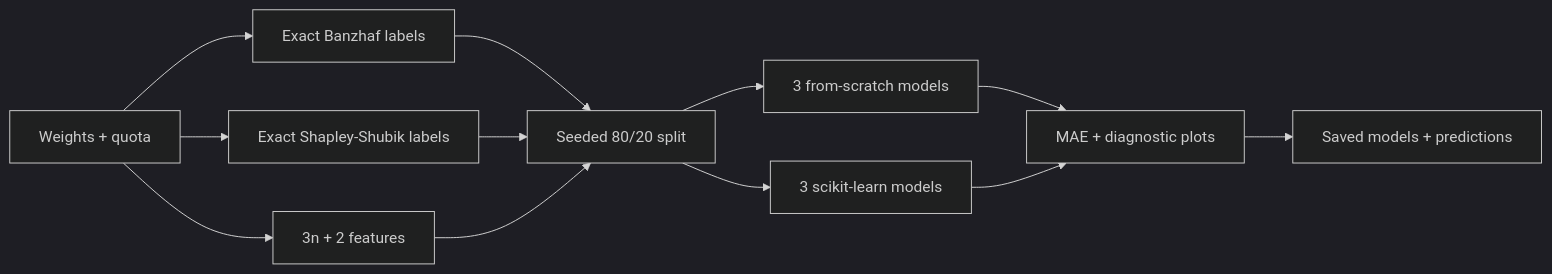
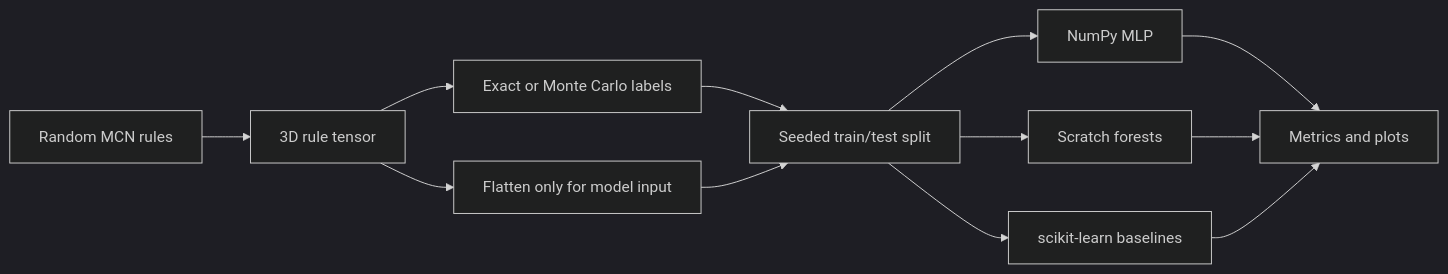
One commit to mohammad-kawach/power-index-learning changed the diagram in README.md. Above: the diagram before and after it, drawn with Mermaid (dark theme). The commit also changed other lines of this file and 34 other files, not shown here.

````diff
--- a/README.md
+++ b/README.md
@@ -39,14 +206,14 @@
 ```mermaid
 flowchart LR
-    A[Weights + quota] --> B[Exact Banzhaf labels]
-    A --> C[Exact Shapley-Shubik labels]
-    A --> D[3n + 2 features]
-    B --> E[Seeded 80/20 split]
-    C --> E
+    A[Random MCN rules] --> B[3D rule tensor]
+    B --> C[Exact or Monte Carlo labels]
+    B --> D[Flatten only for model input]
+    C --> E[Seeded train/test split]
     D --> E
-    E --> F[3 from-scratch models]
-    E --> G[3 scikit-learn models]
-    F --> H[MAE + diagnostic plots]
-    G --> H
-    H --> I[Saved models + predictions]
+    E --> F[NumPy MLP]
+    E --> G[Scratch forests]
+    E --> H[scikit-learn baselines]
+    F --> I[Metrics and plots]
+    G --> I
+    H --> I
 ```
````
